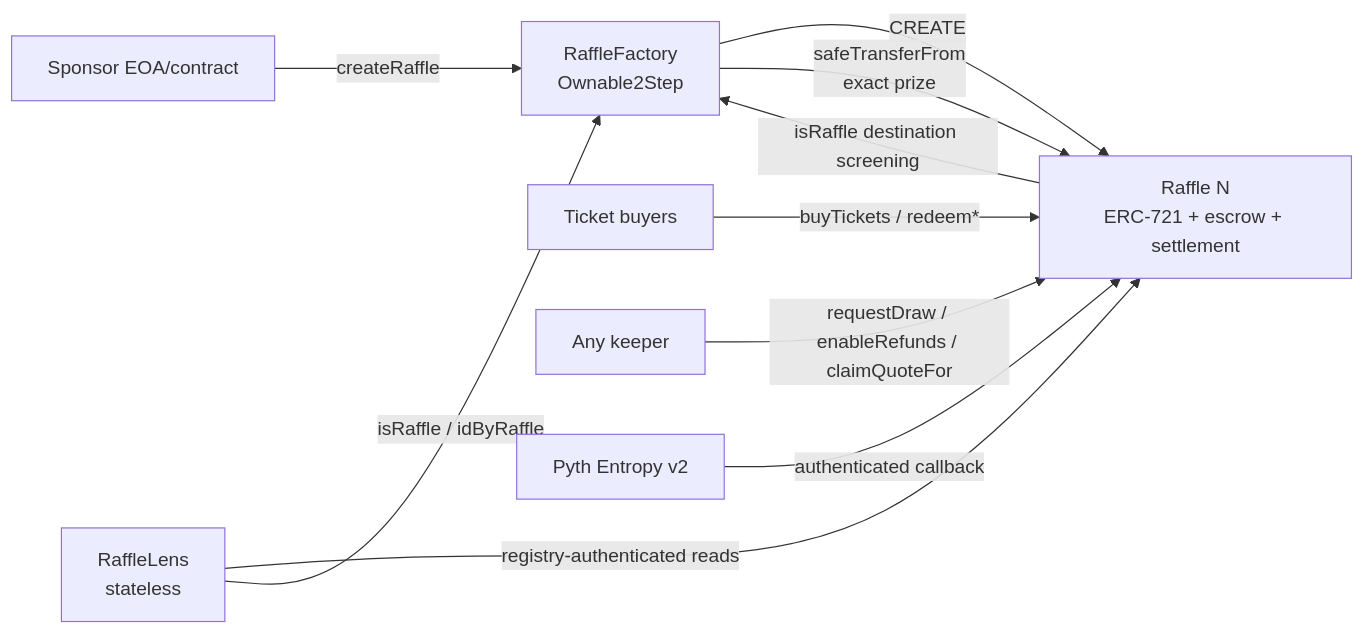
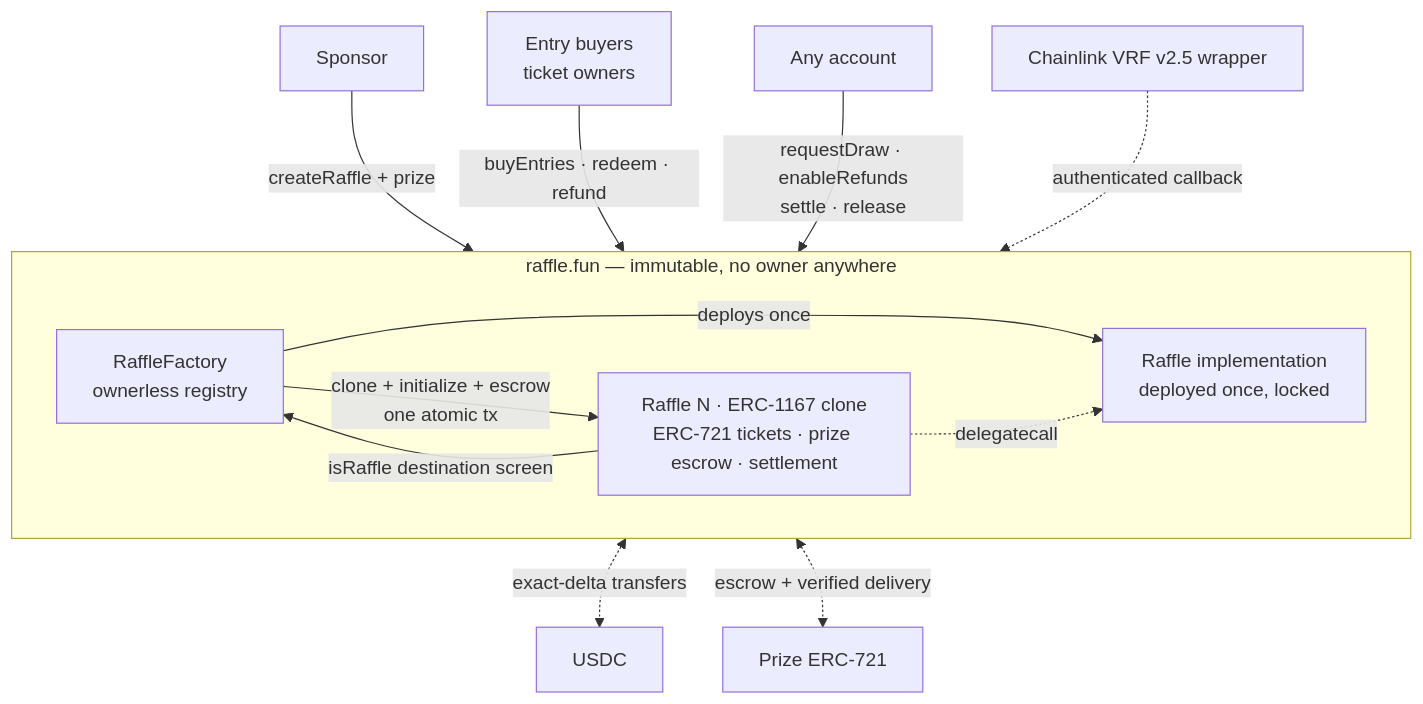
Before and after one commit to Heesho/raffle-fun: the first of 6 diagrams in docs/whitepapers/raffle-fun-technical-whitepaper.md, drawn with Mermaid. The commit also changed other lines of this file and 14 other files, not shown here.

````diff
--- a/docs/whitepapers/raffle-fun-technical-whitepaper.md
+++ b/docs/whitepapers/raffle-fun-technical-whitepaper.md
@@ -125,12 +150,20 @@
 ```mermaid
-flowchart LR
-  S[Sponsor EOA/contract] -->|createRaffle| F[RaffleFactory<br/>Ownable2Step]
-  F -->|CREATE| R[Raffle N<br/>ERC-721 + escrow + settlement]
-  F -->|safeTransferFrom<br/>exact prize| R
-  B[Ticket buyers] -->|buyTickets / redeem*| R
-  K[Any keeper] -->|requestDraw / enableRefunds / claimQuoteFor| R
-  P[Pyth Entropy v2] -->|authenticated callback| R
-  R -->|isRaffle destination screening| F
-  L[RaffleLens<br/>stateless] -->|registry-authenticated reads| R
-  L -->|isRaffle / idByRaffle| F
+%% caption: Two production contracts, no privileged offchain component, and every arrow crossing the dashed boundary is an external dependency the protocol trusts but cannot control.
+flowchart TB
+  subgraph proto["raffle.fun — immutable, no owner anywhere"]
+    direction LR
+    F["RaffleFactory<br/>ownerless registry"]
+    I["Raffle implementation<br/>deployed once, locked"]
+    R["Raffle N · ERC-1167 clone<br/>ERC-721 tickets · prize escrow · settlement"]
+    F -->|"deploys once"| I
+    F -->|"clone + initialize + escrow<br/>one atomic tx"| R
+    R -.->|"delegatecall"| I
+    R -->|"isRaffle destination screen"| F
+  end
+  S["Sponsor"] -->|"createRaffle + prize"| F
+  B["Entry buyers<br/>ticket owners"] -->|"buyEntries · redeem · refund"| R
+  K["Any account"] -->|"requestDraw · enableRefunds<br/>settle · release"| R
+  R <-.->|"exact-delta transfers"| U["USDC"]
+  R <-.->|"escrow + verified delivery"| P["Prize ERC-721"]
+  V["Chainlink VRF v2.5 wrapper"] -.->|"authenticated callback"| R
 ```
````
